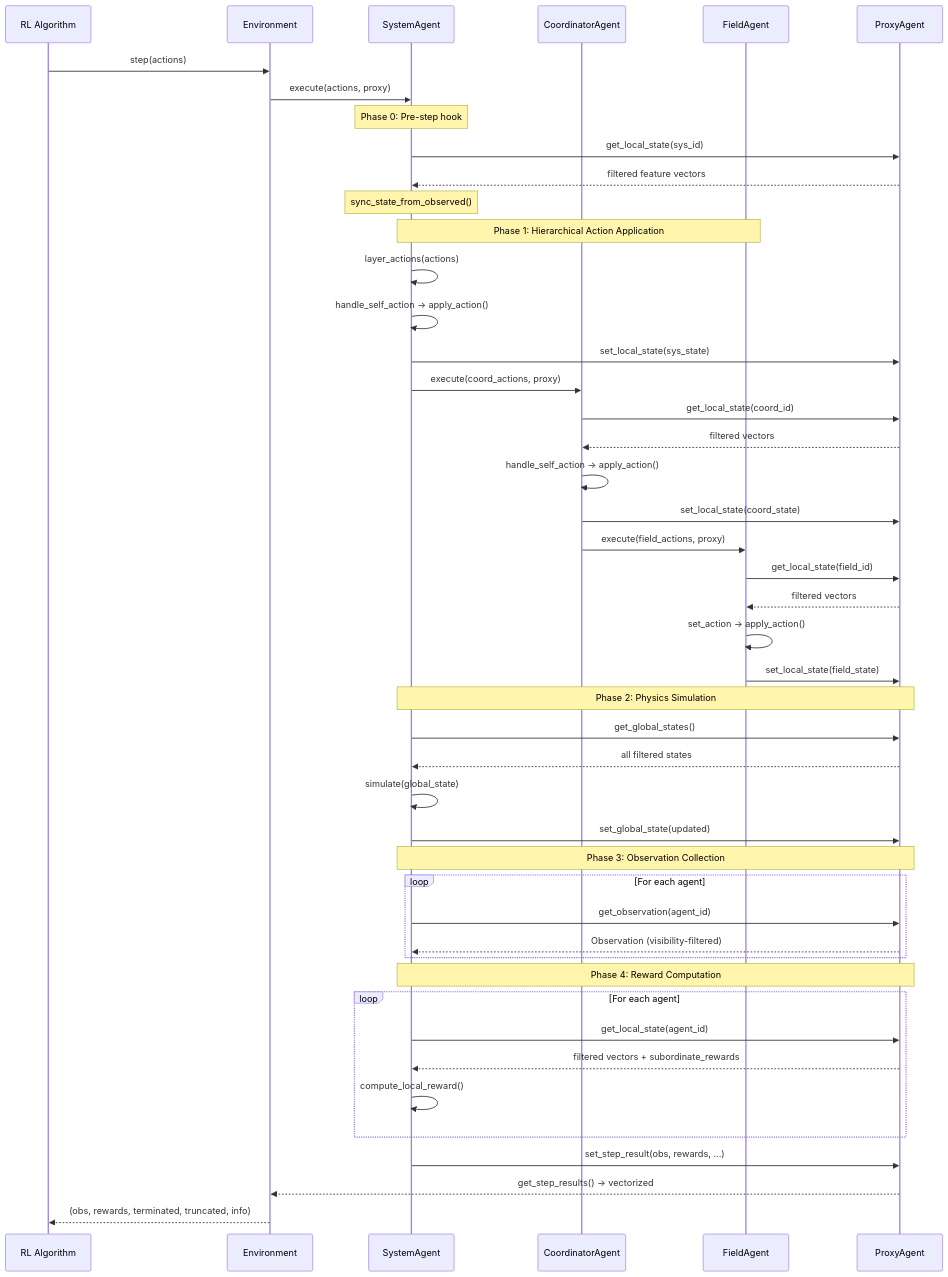
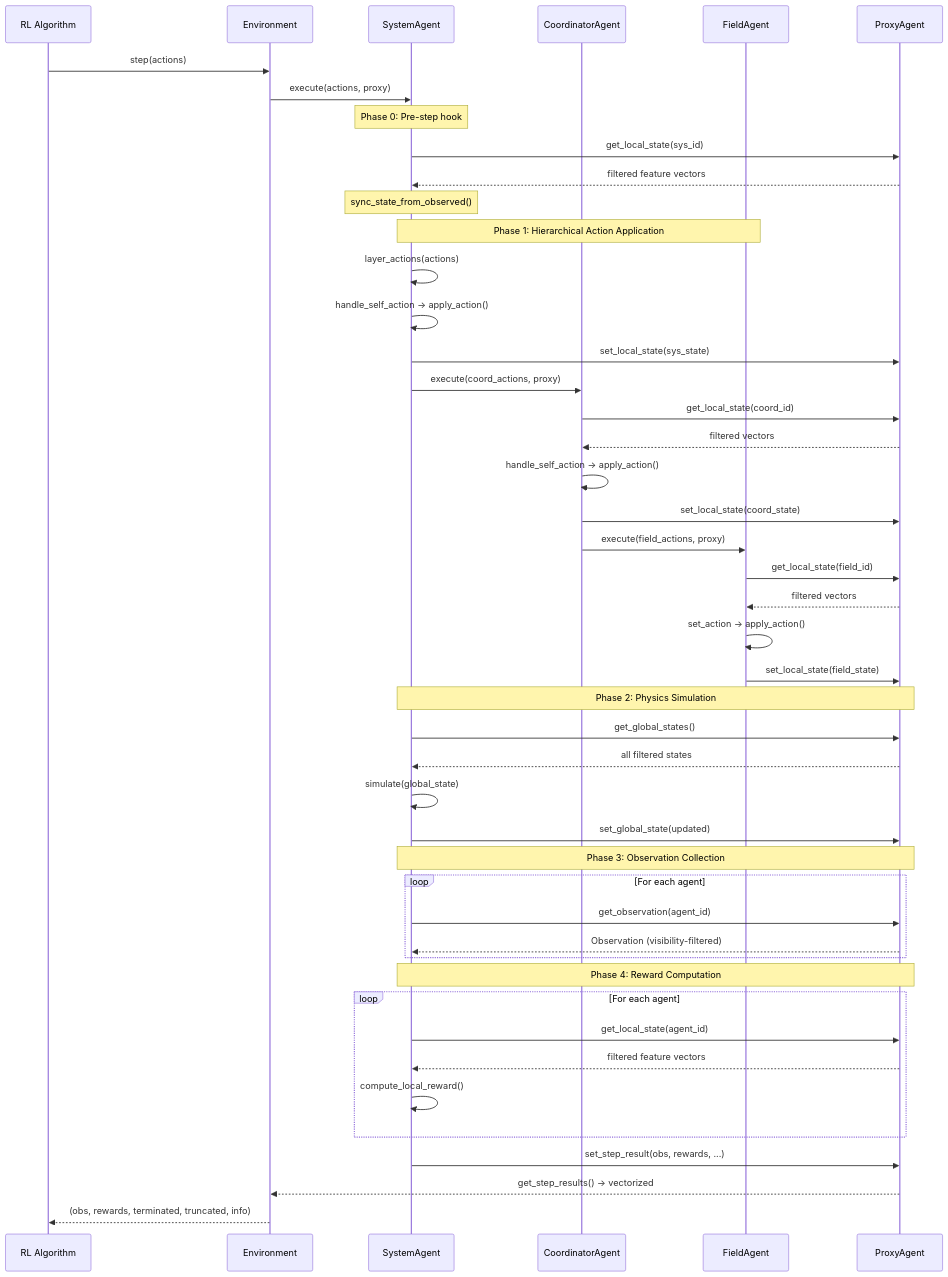
The second of 14 diagrams in docs/design/HERON_FLOW_DIAGRAMS.md (Criss-Wang/PowerGym), drawn with Mermaid before and after one commit. The commit also changed other lines of this file and 13 other files, not shown here.

````diff
--- a/docs/design/HERON_FLOW_DIAGRAMS.md
+++ b/docs/design/HERON_FLOW_DIAGRAMS.md
@@ -76,57 +76,57 @@
 ```mermaid
 sequenceDiagram
     participant RL as RL Algorithm
     participant Env as Environment
     participant SYS as SystemAgent
     participant COORD as CoordinatorAgent
     participant FA as FieldAgent
     participant PX as ProxyAgent
 
     RL->>Env: step(actions)
     Env->>SYS: execute(actions, proxy)
 
     Note over SYS: Phase 0: Pre-step hook
     SYS->>PX: get_local_state(sys_id)
     PX-->>SYS: filtered feature vectors
     Note over SYS: sync_state_from_observed()
 
     Note over SYS,FA: Phase 1: Hierarchical Action Application
     SYS->>SYS: layer_actions(actions)
     SYS->>SYS: handle_self_action → apply_action()
     SYS->>PX: set_local_state(sys_state)
 
     SYS->>COORD: execute(coord_actions, proxy)
     COORD->>PX: get_local_state(coord_id)
     PX-->>COORD: filtered vectors
     COORD->>COORD: handle_self_action → apply_action()
     COORD->>PX: set_local_state(coord_state)
 
     COORD->>FA: execute(field_actions, proxy)
     FA->>PX: get_local_state(field_id)
     PX-->>FA: filtered vectors
     FA->>FA: set_action → apply_action()
     FA->>PX: set_local_state(field_state)
 
     Note over SYS,PX: Phase 2: Physics Simulation
     SYS->>PX: get_global_states()
     PX-->>SYS: all filtered states
     SYS->>SYS: simulate(global_state)
     SYS->>PX: set_global_state(updated)
 
     Note over SYS,PX: Phase 3: Observation Collection
     loop For each agent
         SYS->>PX: get_observation(agent_id)
         PX-->>SYS: Observation (visibility-filtered)
     end
 
     Note over SYS,PX: Phase 4: Reward Computation
     loop For each agent
         SYS->>PX: get_local_state(agent_id)
-        PX-->>SYS: filtered vectors + subordinate_rewards
+        PX-->>SYS: filtered feature vectors
         SYS->>SYS: compute_local_reward()
     end
 
     SYS->>PX: set_step_result(obs, rewards, ...)
     PX-->>Env: get_step_results() → vectorized
     Env-->>RL: (obs, rewards, terminated, truncated, info)
 ```
````
